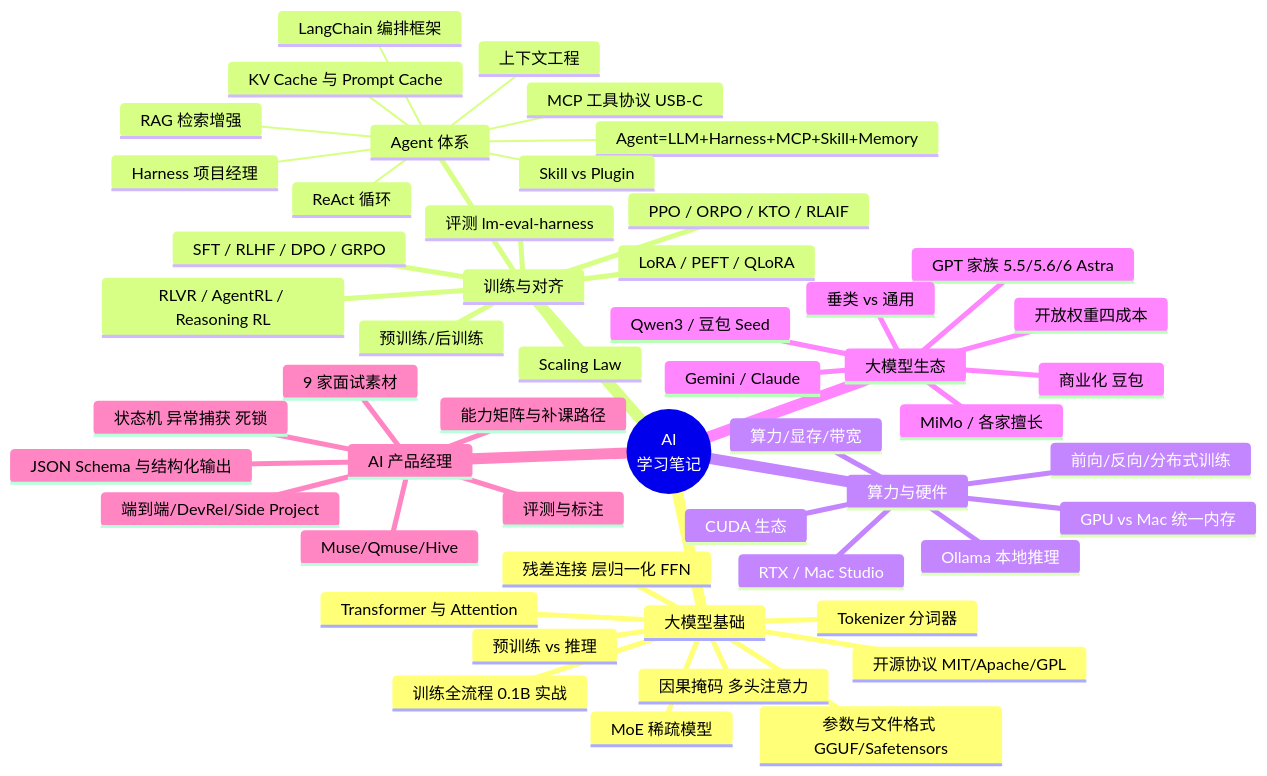
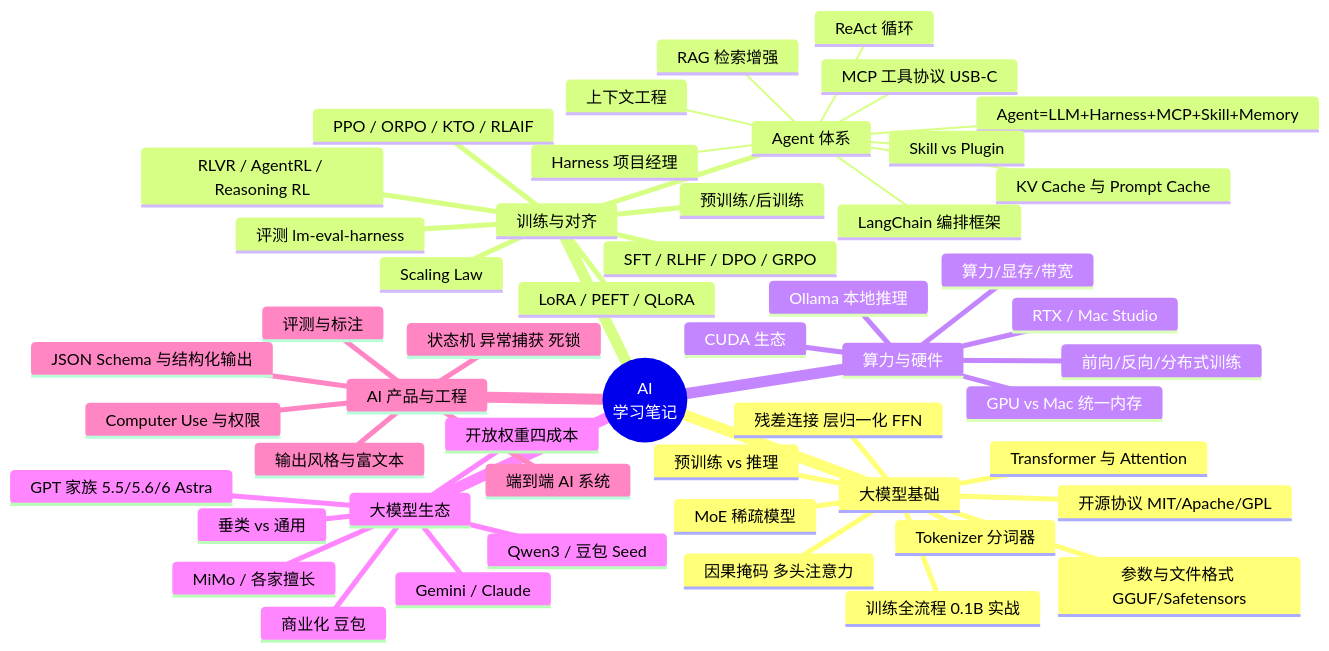
Before and after one commit to VincesHu01/ai-learning-notes: the first of 13 diagrams in ai-learning-notes.md, drawn with Mermaid. The commit also changed other lines of this file and 8 other files, not shown here.

````diff
--- a/ai-learning-notes.md
+++ b/ai-learning-notes.md
@@ -31,55 +28,54 @@
 ```mermaid
 mindmap
   root((AI<br/>学习笔记))
     大模型基础
       参数与文件格式 GGUF/Safetensors
       Tokenizer 分词器
       Transformer 与 Attention
       残差连接 层归一化 FFN
       因果掩码 多头注意力
       预训练 vs 推理
       训练全流程 0.1B 实战
       MoE 稀疏模型
       开源协议 MIT/Apache/GPL
     训练与对齐
       预训练/后训练
       SFT / RLHF / DPO / GRPO
       PPO / ORPO / KTO / RLAIF
       LoRA / PEFT / QLoRA
       RLVR / AgentRL / Reasoning RL
       Scaling Law
       评测 lm-eval-harness
      Agent 体系
       Agent=LLM+Harness+MCP+Skill+Memory
       Harness 项目经理
       MCP 工具协议 USB-C
       ReAct 循环
       RAG 检索增强
       KV Cache 与 Prompt Cache
       上下文工程
       Skill vs Plugin
       LangChain 编排框架
     算力与硬件
       算力/显存/带宽
       前向/反向/分布式训练
       CUDA 生态
       Ollama 本地推理
       GPU vs Mac 统一内存
       RTX / Mac Studio
     大模型生态
       GPT 家族 5.5/5.6/6 Astra
       Qwen3 / 豆包 Seed
       Gemini / Claude
       MiMo / 各家擅长
       垂类 vs 通用
       开放权重四成本
       商业化 豆包
-    AI 产品经理
-      能力矩阵与补课路径
+    AI 产品与工程
       评测与标注
       JSON Schema 与结构化输出
       状态机 异常捕获 死锁
-      Muse/Qmuse/Hive
-      端到端/DevRel/Side Project
-      9 家面试素材
+      Computer Use 与权限
+      输出风格与富文本
+      端到端 AI 系统
 ```
````
